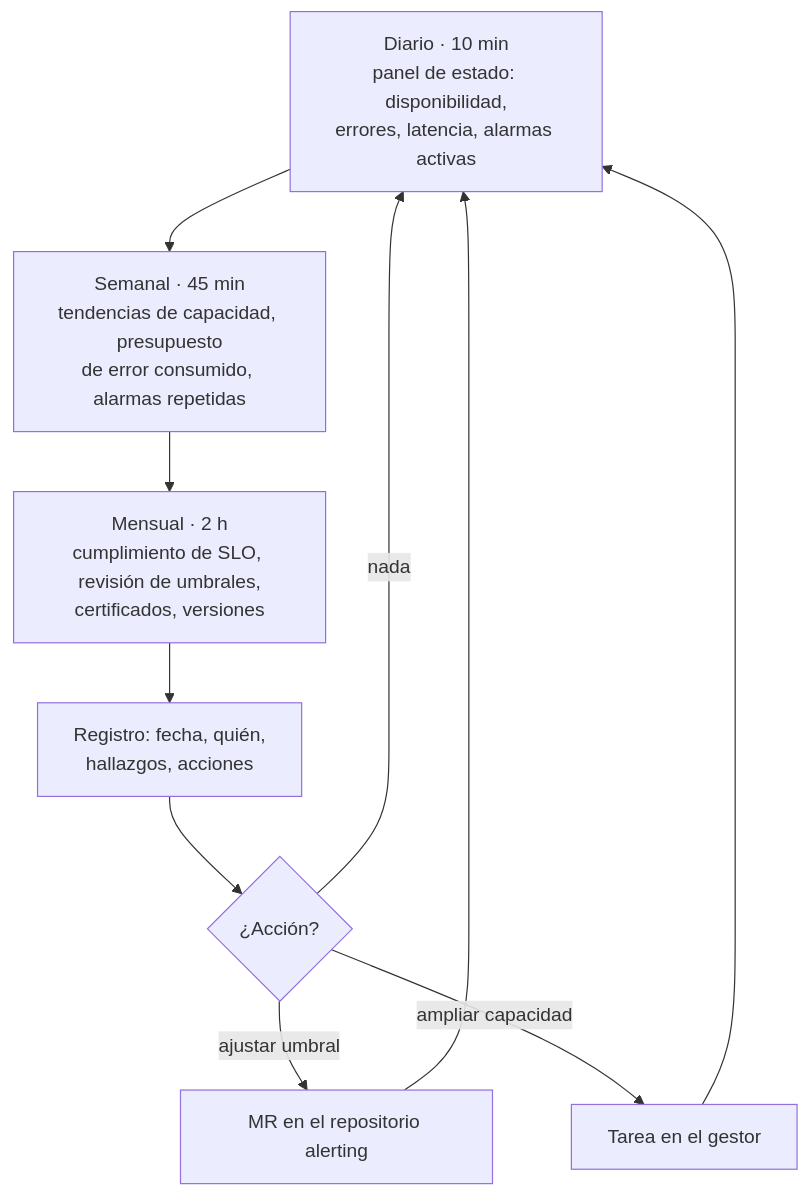
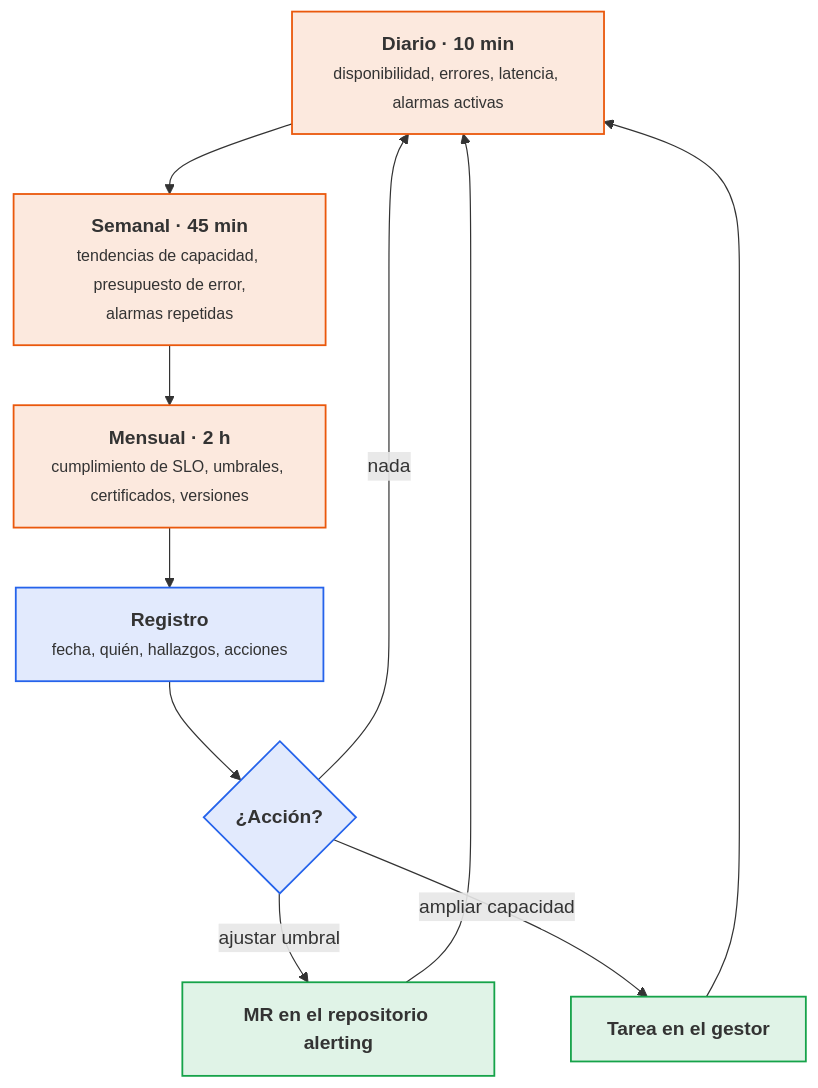
Before and after one commit to victor-educ/apuntes-5169: the fifth of 5 diagrams in docs/ut/ut4-kpi-pruebas.md, drawn with Mermaid. The commit also changed other lines of this file and 13 other files, not shown here.

First line of the commit message:
Temporalización definitiva, gramática visual y diagramas en todas las unidades

````diff
--- a/docs/ut/ut4-kpi-pruebas.md
+++ b/docs/ut/ut4-kpi-pruebas.md
@@ -1061,12 +1139,20 @@
 ```mermaid
 flowchart TD
-    D[Diario · 10 min<br/>panel de estado: disponibilidad,<br/>errores, latencia, alarmas activas] --> S
-    S[Semanal · 45 min<br/>tendencias de capacidad, presupuesto<br/>de error consumido, alarmas repetidas] --> M
-    M[Mensual · 2 h<br/>cumplimiento de SLO, revisión de umbrales,<br/>certificados, versiones] --> R
-    R[Registro: fecha, quién,<br/>hallazgos, acciones] --> A{¿Acción?}
-    A -- ajustar umbral --> U[MR en el repositorio alerting]
-    A -- ampliar capacidad --> T[Tarea en el gestor]
+    D["<b>Diario · 10 min</b><br><small>disponibilidad, errores, latencia, alarmas activas</small>"]:::act
+    S["<b>Semanal · 45 min</b><br><small>tendencias de capacidad, presupuesto de error,<br>alarmas repetidas</small>"]:::act
+    M["<b>Mensual · 2 h</b><br><small>cumplimiento de SLO, umbrales, certificados, versiones</small>"]:::act
+    R["<b>Registro</b><br><small>fecha, quién, hallazgos, acciones</small>"]:::dato
+    A{"<b>¿Acción?</b>"}:::dato
+    U["<b>MR en el repositorio alerting</b>"]:::ok
+    T["<b>Tarea en el gestor</b>"]:::ok
+    D --> S --> M --> R --> A
+    A -- ajustar umbral --> U --> D
+    A -- ampliar capacidad --> T --> D
     A -- nada --> D
-    U --> D
-    T --> D
+    classDef act fill:#ea580c22,stroke:#ea580c,stroke-width:1.5px
+    classDef pieza fill:#64748b22,stroke:#64748b,stroke-width:1.5px
+    classDef dato fill:#2563eb22,stroke:#2563eb,stroke-width:1.5px
+    classDef infra fill:#a1a1aa14,stroke:#a1a1aa,stroke-width:1.5px
+    classDef ok fill:#16a34a22,stroke:#16a34a,stroke-width:1.5px
+    classDef riesgo fill:#dc262622,stroke:#dc2626,stroke-width:1.5px
 ```
````
